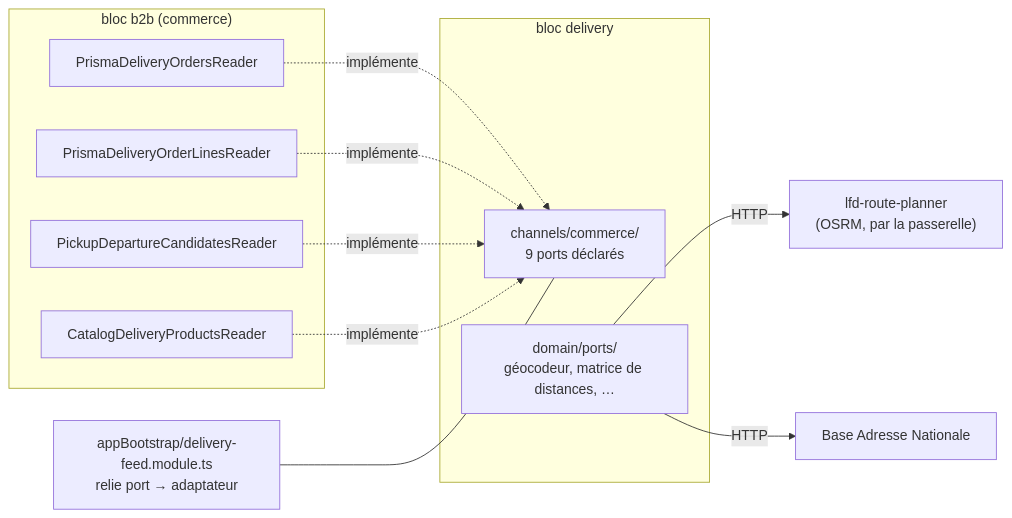
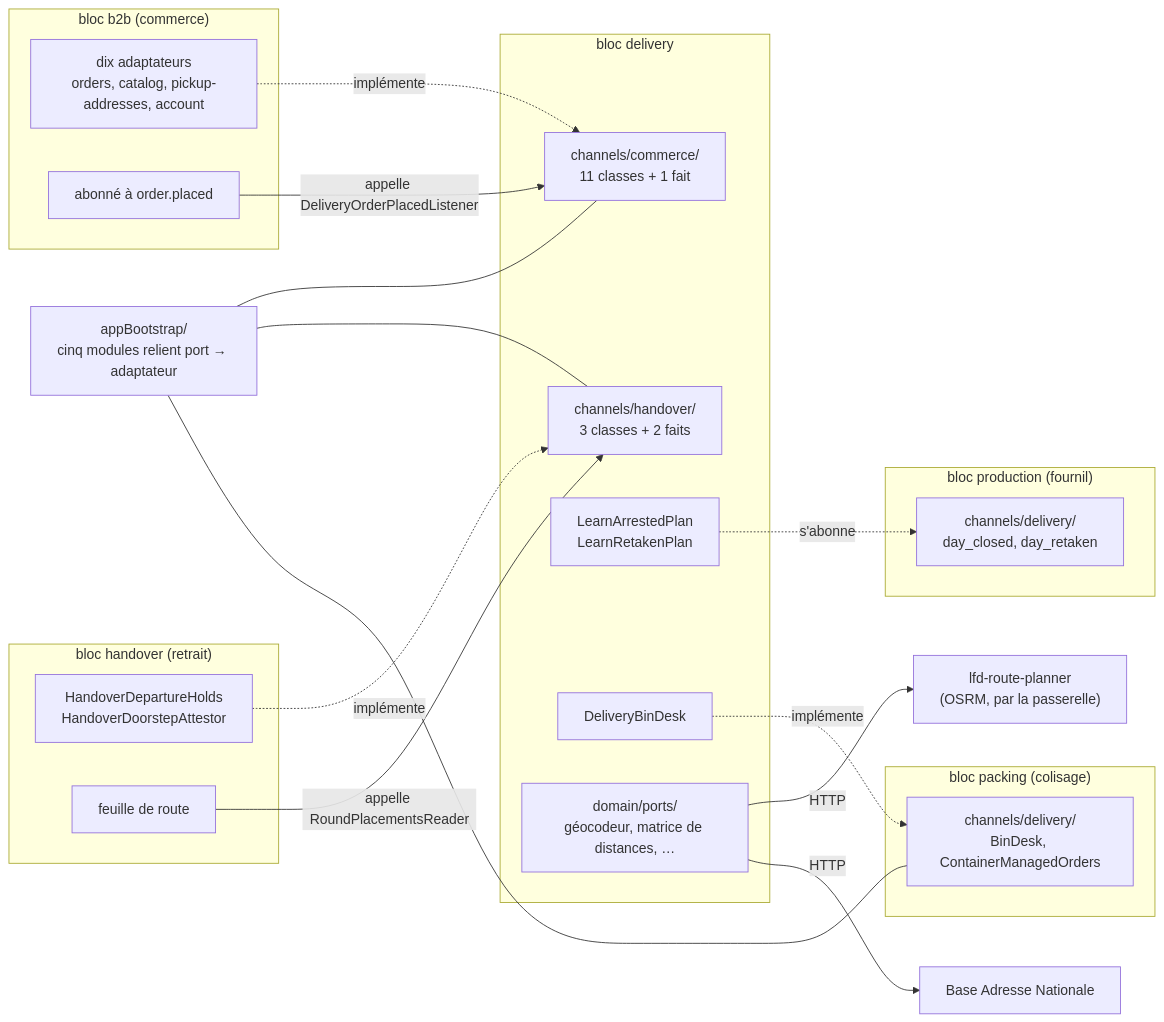
One commit to hugoheynard/lfd changed the second of 2 diagrams in documentation/livraisons/architecture-isolation-livraison.md. Above: the diagram before and after it, drawn with Mermaid. The commit also changed other lines of this file and 31 other files, not shown here.

````diff
--- a/documentation/livraisons/architecture-isolation-livraison.md
+++ b/documentation/livraisons/architecture-isolation-livraison.md
@@ -107,23 +134,38 @@
 ```mermaid
 flowchart LR
   subgraph delivery["bloc delivery"]
-    CH["channels/commerce/<br/>9 ports déclarés"]
+    CC["channels/commerce/<br/>11 classes + 1 fait"]
+    CH["channels/handover/<br/>3 classes + 2 faits"]
+    SUB["LearnArrestedPlan<br/>LearnRetakenPlan"]
+    BD["DeliveryBinDesk"]
     DP["domain/ports/<br/>géocodeur, matrice de distances, …"]
   end
   subgraph b2b["bloc b2b (commerce)"]
-    O["PrismaDeliveryOrdersReader"]
-    OL["PrismaDeliveryOrderLinesReader"]
-    P["PickupDepartureCandidatesReader"]
-    C["CatalogDeliveryProductsReader"]
+    O["dix adaptateurs<br/>orders, catalog, pickup-addresses, account"]
+    TP["abonné à order.placed"]
   end
-  AB["appBootstrap/delivery-feed.module.ts<br/>relie port → adaptateur"]
+  subgraph handover["bloc handover (retrait)"]
+    H["HandoverDepartureHolds<br/>HandoverDoorstepAttestor"]
+    RSH["feuille de route"]
+  end
+  subgraph production["bloc production (fournil)"]
+    PD["channels/delivery/<br/>day_closed, day_retaken"]
+  end
+  subgraph packing["bloc packing (colisage)"]
+    PK["channels/delivery/<br/>BinDesk, ContainerManagedOrders"]
+  end
+  AB["appBootstrap/<br/>cinq modules relient port → adaptateur"]
   RP["lfd-route-planner<br/>(OSRM, par la passerelle)"]
   BAN["Base Adresse Nationale"]
-  O -. implémente .-> CH
-  OL -. implémente .-> CH
-  P -. implémente .-> CH
-  C -. implémente .-> CH
+  O -. implémente .-> CC
+  TP -- "appelle DeliveryOrderPlacedListener" --> CC
+  H -. implémente .-> CH
+  RSH -- "appelle RoundPlacementsReader" --> CH
+  SUB -. "s'abonne" .-> PD
+  BD -. implémente .-> PK
+  AB --- CC
   AB --- CH
+  AB --- PK
   DP -- HTTP --> RP
   DP -- HTTP --> BAN
 ```
````
